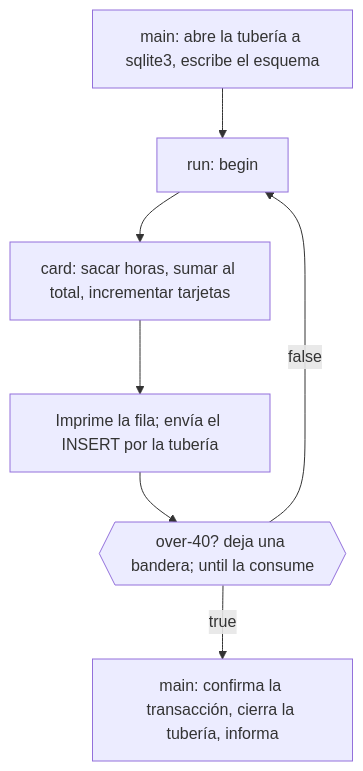
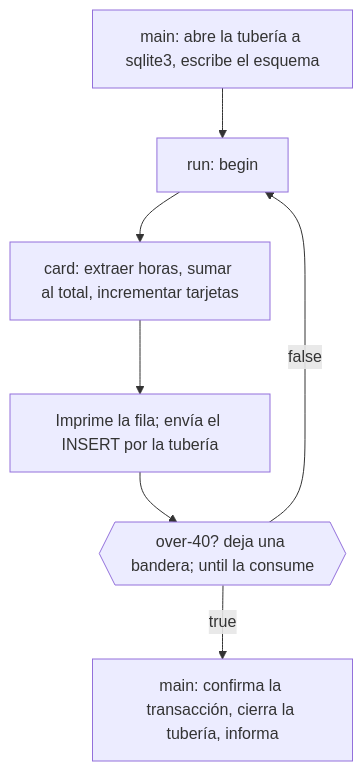
Before and after one commit to dullroar/aprende-a-programar-como-un-bicho-raro: the first of 2 diagrams in lessons/guias-de-estudio/lenguajes/forth.md, drawn with Mermaid. The commit also changed 14 other files, not shown here.

Commit message:
loop(P3C-008): editorial correction of src/forth/README.md per review Part D: 10 to 19 hours per card, over-40? whole in the accDescr (identifiers rule + fixtures), extracciones, confirma la transacción, mecánica de la salida, guide diagram re-synced, 19 dispositions recorded, SI-012 logged

````diff
--- a/lessons/guias-de-estudio/lenguajes/forth.md
+++ b/lessons/guias-de-estudio/lenguajes/forth.md
@@ -62,11 +62,11 @@
 ```mermaid
 flowchart TD
     accTitle: forth: un solo bucle begin until sobre una palabra llamada card
-    accDescr: Un diagrama de flujo. La palabra main hace la preparación: abre una tubería a sqlite3 y escribe el esquema. La palabra run es un bucle begin until. Cada pasada ejecuta card, que sortea las horas, las suma a la variable total, incrementa el conteo de tarjetas, imprime la fila y envía el INSERT por la tubería. Después, over-40 deja una bandera en la pila y until la consume. Si la bandera es falsa, el bucle se repite. Si es verdadera, run termina, y main confirma, cierra la tubería e informa.
+    accDescr: Un diagrama de flujo. La palabra main hace la preparación: abre una tubería a sqlite3 y escribe el esquema. La palabra run es un bucle begin until. Cada pasada ejecuta card, que extrae las horas, las suma a la variable total, incrementa el conteo de tarjetas, imprime la fila y envía el INSERT por la tubería. Después, over-40? deja una bandera en la pila y until la consume. Si la bandera es falsa, el bucle se repite. Si es verdadera, run termina, y main confirma la transacción, cierra la tubería e informa.
     A["main: abre la tubería a sqlite3, escribe el esquema"] --> B["run: begin"]
-    B --> C["card: sacar horas, sumar al total, incrementar tarjetas"]
+    B --> C["card: extraer horas, sumar al total, incrementar tarjetas"]
     C --> D["Imprime la fila; envía el INSERT por la tubería"]
     D --> E{{"over-40? deja una bandera; until la consume"}}
     E -->|false| B
     E -->|true| F["main: confirma la transacción, cierra la tubería, informa"]
 ```
````
